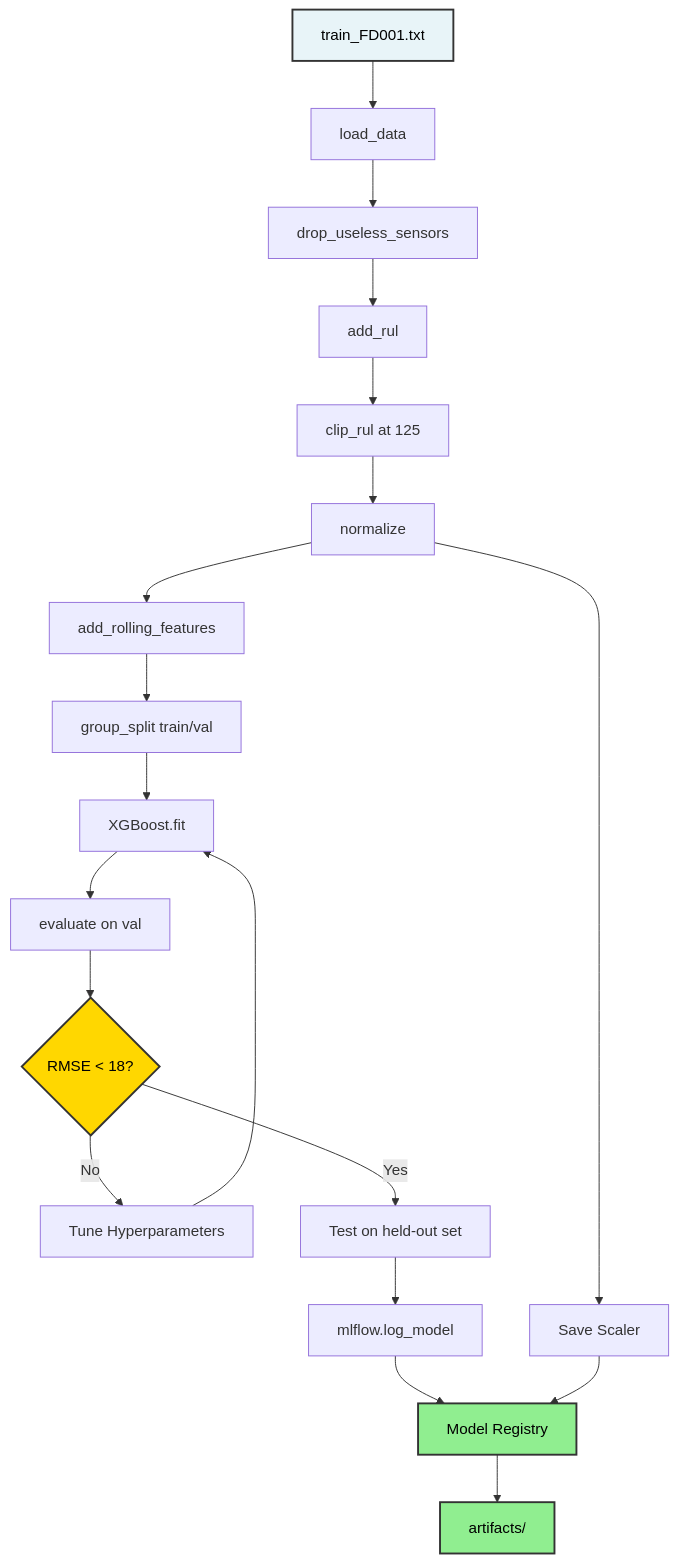
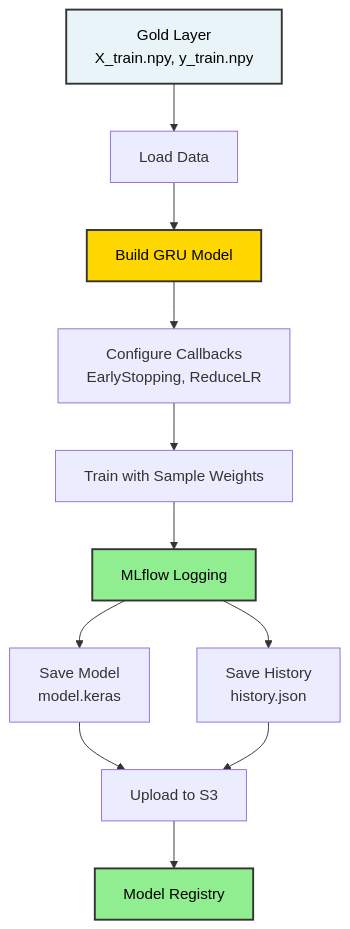
The second of 2 diagrams in docs/04_model_training.md (nasim-raj-laskar/Real-Time-Aircraft-Engine-Predictive-Maintenance-System), drawn with Mermaid before and after one commit. The commit also changed other lines of this file and 6 other files, not shown here.

````diff
--- a/docs/04_model_training.md
+++ b/docs/04_model_training.md
@@ -253,29 +221,22 @@
 ```mermaid
 flowchart TD
-    A[train_FD001.txt] --> B[load_data]
-    B --> C[drop_useless_sensors]
-    C --> D[add_rul]
-    D --> E[clip_rul at 125]
-    E --> F[normalize]
-    F --> G[add_rolling_features]
-    G --> H[group_split train/val]
+    A[Gold Layer<br/>X_train.npy, y_train.npy] --> B[Load Data]
+    B --> C[Build GRU Model]
+    C --> D[Configure Callbacks<br/>EarlyStopping, ReduceLR]
     
-    H --> I[XGBoost.fit]
-    I --> J[evaluate on val]
-    J --> K{RMSE < 18?}
-    K -->|No| L[Tune Hyperparameters]
-    L --> I
-    K -->|Yes| M[Test on held-out set]
+    D --> E[Train with Sample Weights]
+    E --> F[MLflow Logging]
     
-    M --> N[mlflow.log_model]
-    F --> O[Save Scaler]
+    F --> G[Save Model<br/>model.keras]
+    F --> H[Save History<br/>history.json]
     
-    N --> P[Model Registry]
-    O --> P
-    P --> Q[artifacts/]
+    G --> I[Upload to S3]
+    H --> I
+    
+    I --> J[Model Registry]
     
     style A fill:#E8F4F8,stroke:#333,stroke-width:2px,color:#000
-    style K fill:#FFD700,stroke:#333,stroke-width:2px,color:#000
-    style P fill:#90EE90,stroke:#333,stroke-width:2px,color:#000
-    style Q fill:#90EE90,stroke:#333,stroke-width:2px,color:#000
+    style C fill:#FFD700,stroke:#333,stroke-width:2px,color:#000
+    style F fill:#90EE90,stroke:#333,stroke-width:2px,color:#000
+    style J fill:#90EE90,stroke:#333,stroke-width:2px,color:#000
 ```
````
